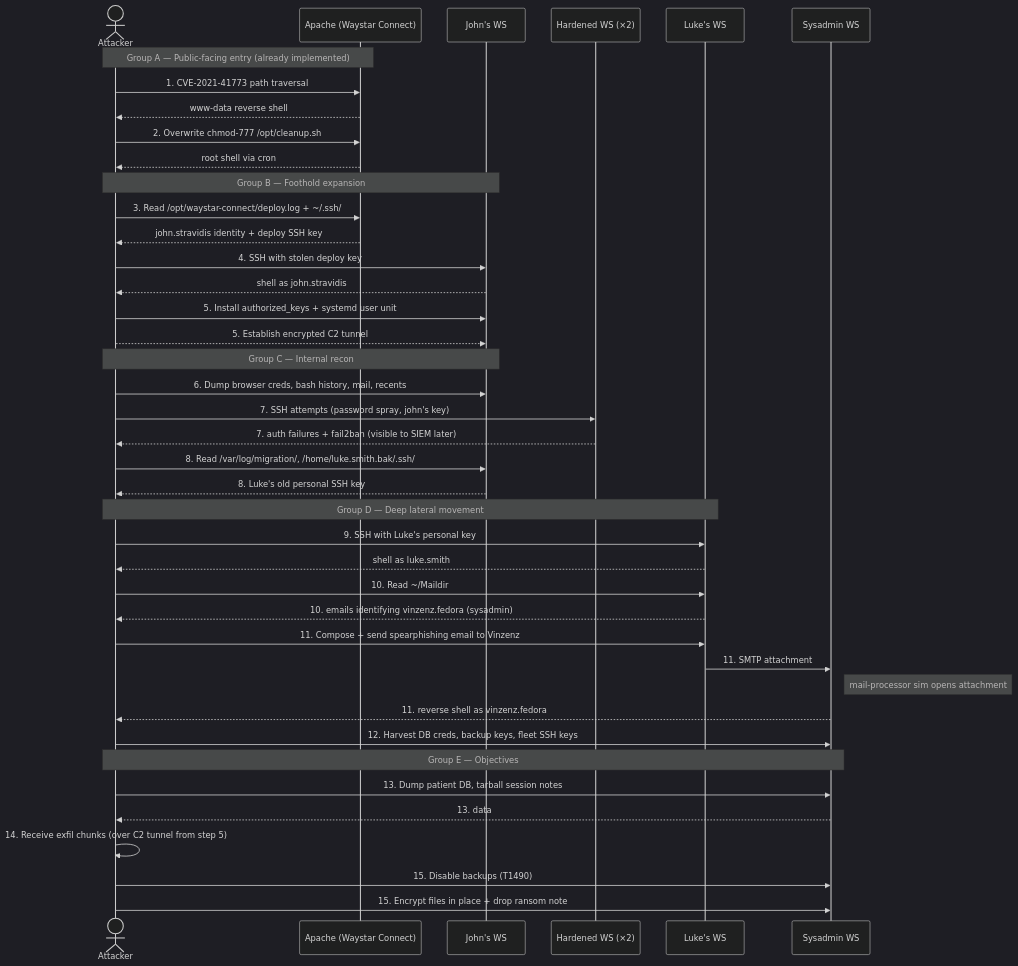
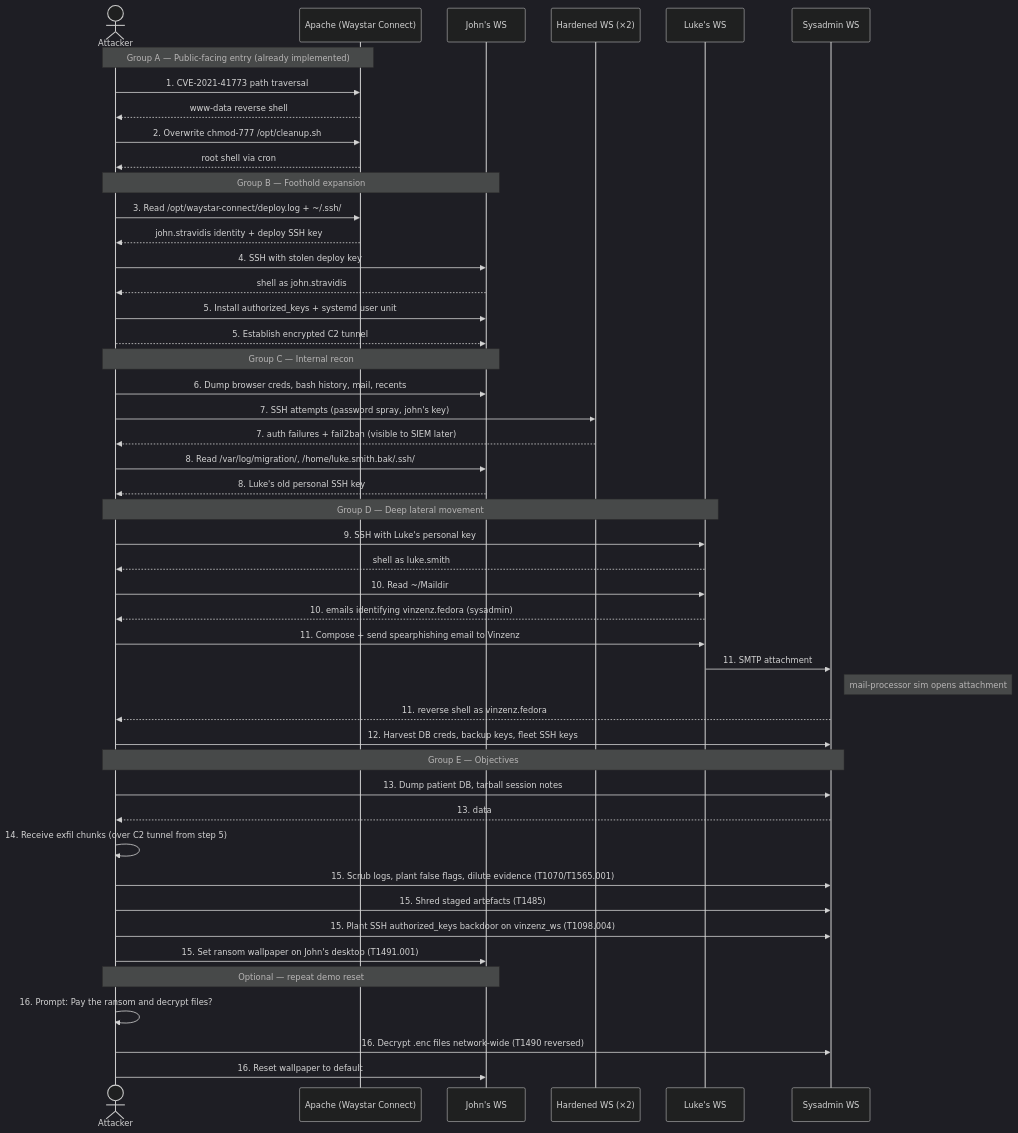
One commit to swscrum/ATT-CK_Scenario changed the diagram in Documentation/attack_plan.md. Above: the diagram before and after it, drawn with Mermaid (dark theme). The commit also changed other lines of this file and 6 other files, not shown here.

````diff
--- a/Documentation/attack_plan.md
+++ b/Documentation/attack_plan.md
@@ -72,48 +75,54 @@
 ```mermaid
 sequenceDiagram
     actor Att as Attacker
     participant Web as Apache (Waystar Connect)
     participant J as John's WS
     participant H as Hardened WS (×2)
     participant R as Luke's WS
     participant S as Sysadmin WS
 
     Note over Att,Web: Group A — Public-facing entry (already implemented)
     Att->>Web: 1. CVE-2021-41773 path traversal
     Web-->>Att: www-data reverse shell
     Att->>Web: 2. Overwrite chmod-777 /opt/cleanup.sh
     Web-->>Att: root shell via cron
 
     Note over Att,J: Group B — Foothold expansion
     Att->>Web: 3. Read /opt/waystar-connect/deploy.log + ~/.ssh/
     Web-->>Att: john.stravidis identity + deploy SSH key
     Att->>J: 4. SSH with stolen deploy key
     J-->>Att: shell as john.stravidis
     Att->>J: 5. Install authorized_keys + systemd user unit
     Att-->>J: 5. Establish encrypted C2 tunnel
     
     Note over Att,J: Group C — Internal recon
     Att->>J: 6. Dump browser creds, bash history, mail, recents
     Att->>H: 7. SSH attempts (password spray, john's key)
     H-->>Att: 7. auth failures + fail2ban (visible to SIEM later)
     Att->>J: 8. Read /var/log/migration/, /home/luke.smith.bak/.ssh/
     J-->>Att: 8. Luke's old personal SSH key
 
     Note over Att,R: Group D — Deep lateral movement
     Att->>R: 9. SSH with Luke's personal key
     R-->>Att: shell as luke.smith
     Att->>R: 10. Read ~/Maildir
     R-->>Att: 10. emails identifying vinzenz.fedora (sysadmin)
     Att->>R: 11. Compose + send spearphishing email to Vinzenz
     R->>S: 11. SMTP attachment
     Note right of S: mail-processor sim opens attachment
     S-->>Att: 11. reverse shell as vinzenz.fedora
     Att->>S: 12. Harvest DB creds, backup keys, fleet SSH keys
 
     Note over Att,S: Group E — Objectives
     Att->>S: 13. Dump patient DB, tarball session notes
     S-->>Att: 13. data
     Att->>Att: 14. Receive exfil chunks (over C2 tunnel from step 5)
-    Att->>S: 15. Disable backups (T1490)
-    Att->>S: 15. Encrypt files in place + drop ransom note
+    Att->>S: 15. Scrub logs, plant false flags, dilute evidence (T1070/T1565.001)
+    Att->>S: 15. Shred staged artefacts (T1485)
+    Att->>S: 15. Plant SSH authorized_keys backdoor on vinzenz_ws (T1098.004)
+    Att->>J: 15. Set ransom wallpaper on John's desktop (T1491.001)
+    Note over Att,J: Optional — repeat demo reset
+    Att->>Att: 16. Prompt: Pay the ransom and decrypt files?
+    Att->>S: 16. Decrypt .enc files network-wide (T1490 reversed)
+    Att->>J: 16. Reset wallpaper to default
 ```
````
